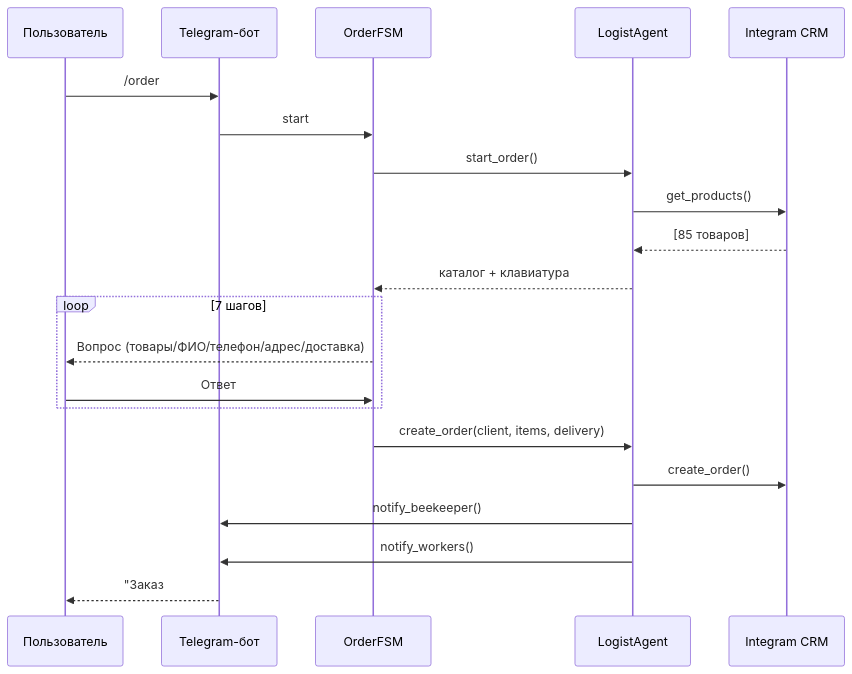
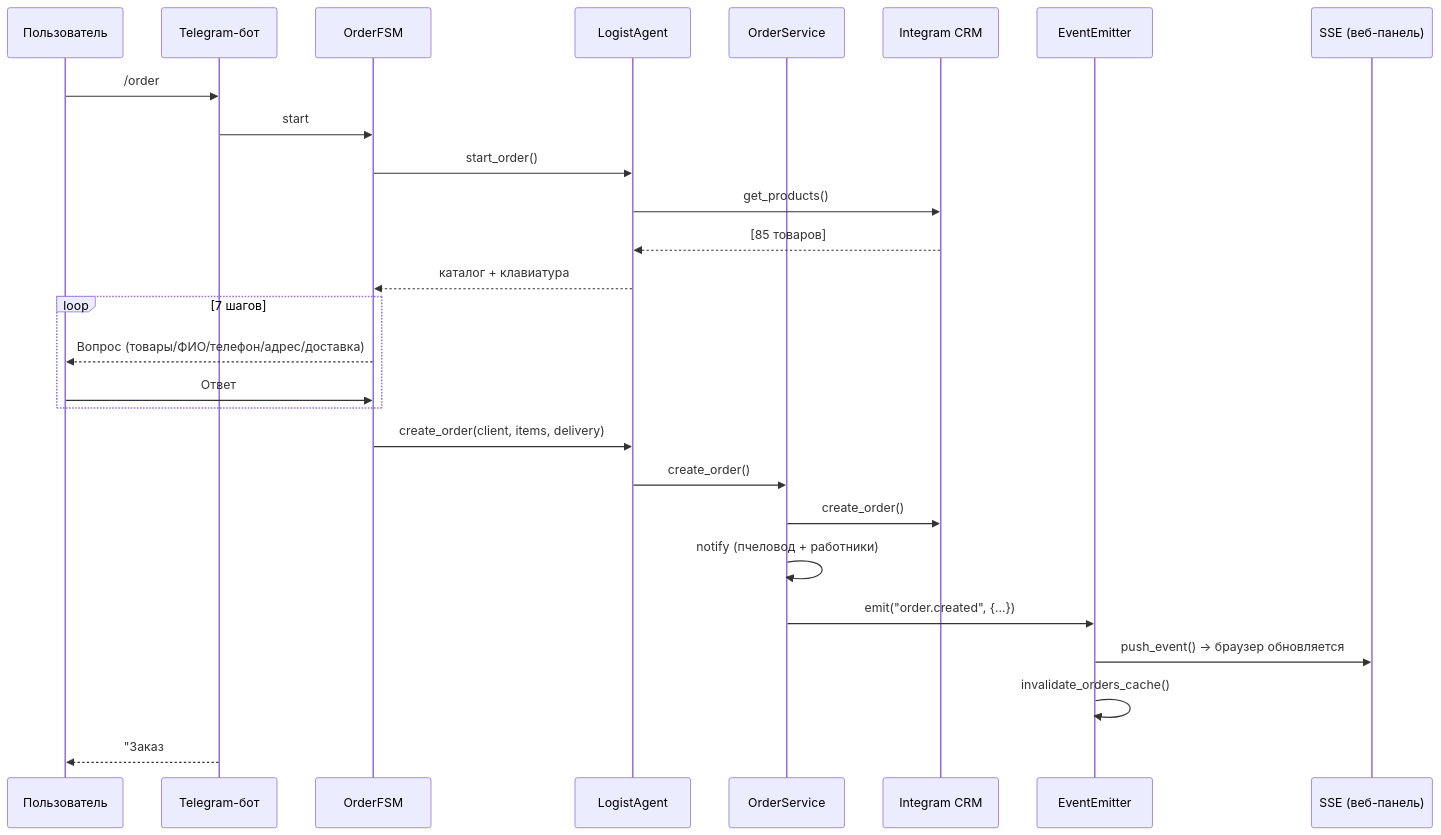
Before and after one commit to alekseymavai/BEEBOT: diagram 14 of 15 in docs/architecture.md, drawn with Mermaid. The commit also changed other lines of this file and 42 other files, not shown here.

First line of the commit message:
feat(crm-v2+orders): merge upstream refactor + редактирование заказов

````diff
--- a/docs/architecture.md
+++ b/docs/architecture.md
@@ -353,26 +575,32 @@
 ```mermaid
 sequenceDiagram
     participant User as Пользователь
     participant Bot as Telegram-бот
     participant FSM as OrderFSM
     participant Logist as LogistAgent
+    participant OS as OrderService
     participant CRM as Integram CRM
+    participant EE as EventEmitter
+    participant SSE as SSE (веб-панель)
 
     User->>Bot: /order
     Bot->>FSM: start
     FSM->>Logist: start_order()
     Logist->>CRM: get_products()
     CRM-->>Logist: [85 товаров]
     Logist-->>FSM: каталог + клавиатура
 
     loop 7 шагов
         FSM-->>User: Вопрос (товары/ФИО/телефон/адрес/доставка)
         User->>FSM: Ответ
     end
 
     FSM->>Logist: create_order(client, items, delivery)
-    Logist->>CRM: create_order()
-    Logist->>Bot: notify_beekeeper()
-    Logist->>Bot: notify_workers()
+    Logist->>OS: create_order()
+    OS->>CRM: create_order()
+    OS->>OS: notify (пчеловод + работники)
+    OS->>EE: emit("order.created", {...})
+    EE->>SSE: push_event() → браузер обновляется
+    EE->>EE: invalidate_orders_cache()
     Bot-->>User: "Заказ #TG-20260402 создан!"
 ```
````
